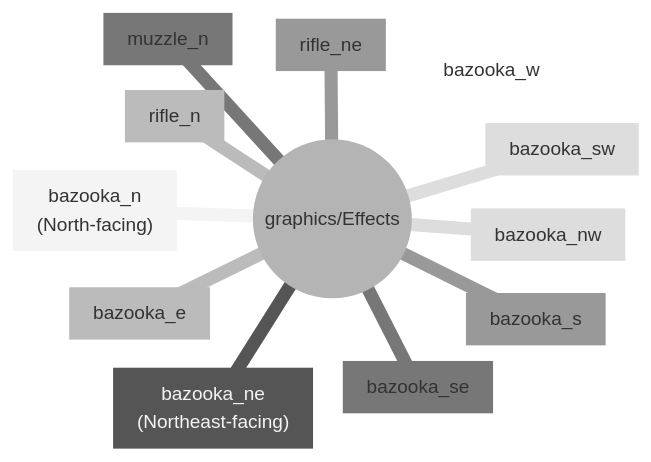
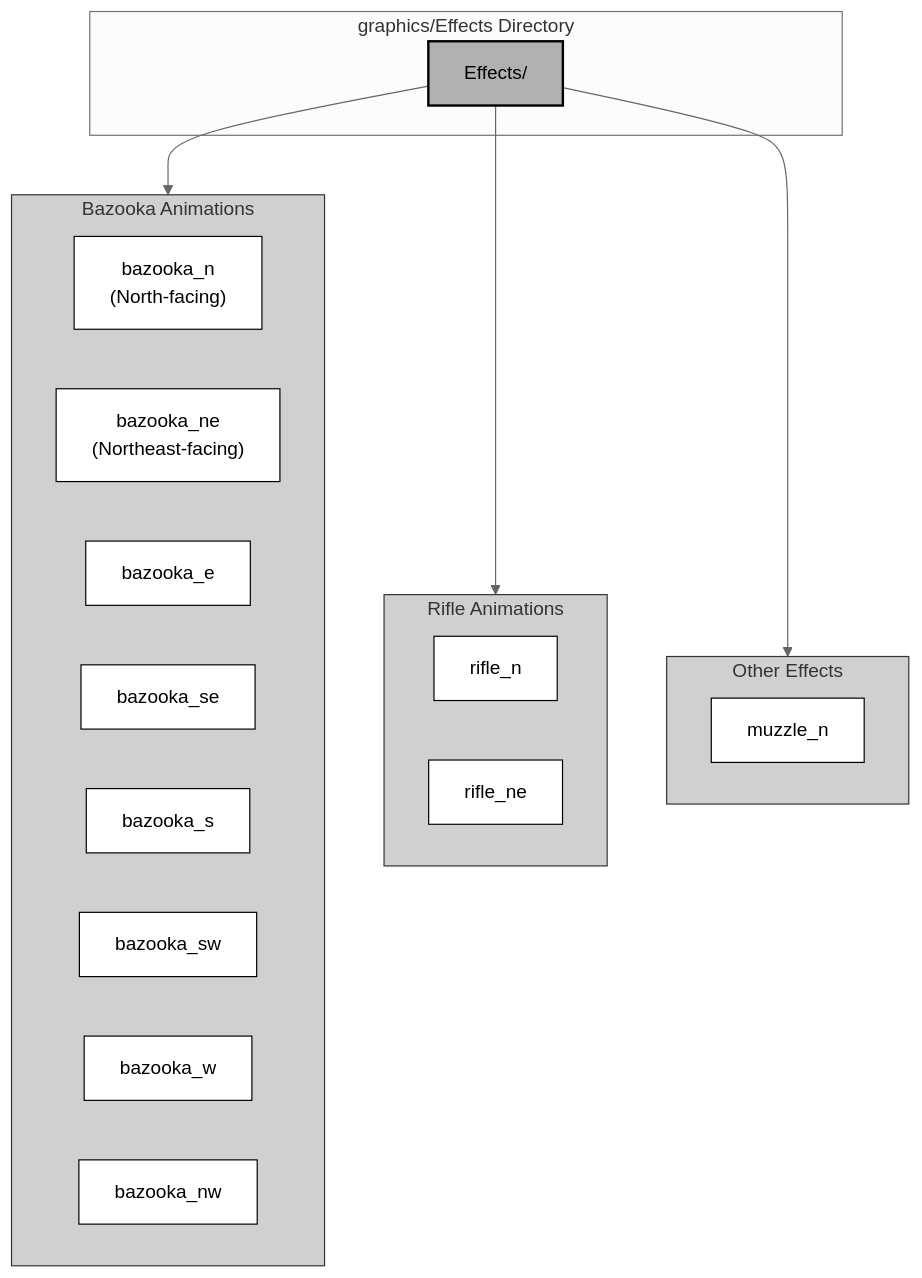
One commit to jukofyork/close-combat-architecture-study changed the third of 9 diagrams in appendix_c_file_formats.md. Above: the diagram before and after it, drawn with Mermaid (neutral theme). The commit also changed other lines of this file and 15 other files, not shown here.

````diff
--- a/appendix_c_file_formats.md
+++ b/appendix_c_file_formats.md
@@ -342,15 +381,38 @@
 ```mermaid
-mindmap
-  root((graphics/Effects))
-    bazooka_n["bazooka_n<br>(North-facing)"]
-    bazooka_ne["bazooka_ne<br>(Northeast-facing)"]
-    bazooka_e["bazooka_e"]
-    bazooka_se["bazooka_se"]
-    bazooka_s["bazooka_s"]
-    bazooka_sw["bazooka_sw"]
-    bazooka_w["bazooka_w"]
-    bazooka_nw["bazooka_nw"]
-    rifle_n["rifle_n"]
-    rifle_ne["rifle_ne"]
-    muzzle_n["muzzle_n"]
+flowchart TD
+    subgraph ROOT["graphics/Effects Directory"]
+        root["Effects/"]
+    end
+
+    subgraph BAZOOKA["Bazooka Animations"]
+        b_n["bazooka_n<br>(North-facing)"]
+        b_ne["bazooka_ne<br>(Northeast-facing)"]
+        b_e["bazooka_e"]
+        b_se["bazooka_se"]
+        b_s["bazooka_s"]
+        b_sw["bazooka_sw"]
+        b_w["bazooka_w"]
+        b_nw["bazooka_nw"]
+    end
+
+    subgraph RIFLE["Rifle Animations"]
+        r_n["rifle_n"]
+        r_ne["rifle_ne"]
+    end
+
+    subgraph OTHER["Other Effects"]
+        m_n["muzzle_n"]
+    end
+
+    root --> BAZOOKA
+    root --> RIFLE
+    root --> OTHER
+
+    classDef default fill:#fff,stroke:#000,stroke-width:1px
+    classDef light fill:#f0f0f0,stroke:#333,stroke-width:1px
+    classDef medium fill:#d0d0d0,stroke:#333,stroke-width:1px
+    classDef dark fill:#b0b0b0,stroke:#000,stroke-width:2px
+
+    class root dark
+    class BAZOOKA,RIFLE,OTHER medium
 ```
````
